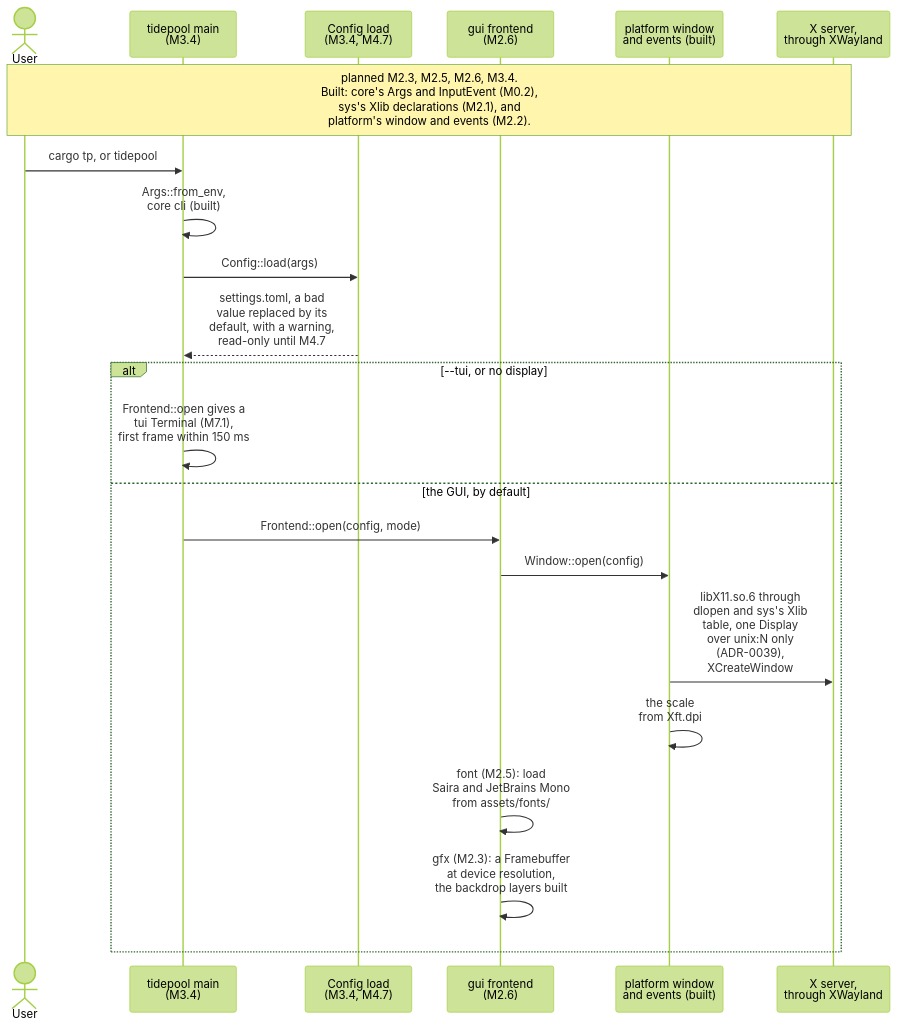
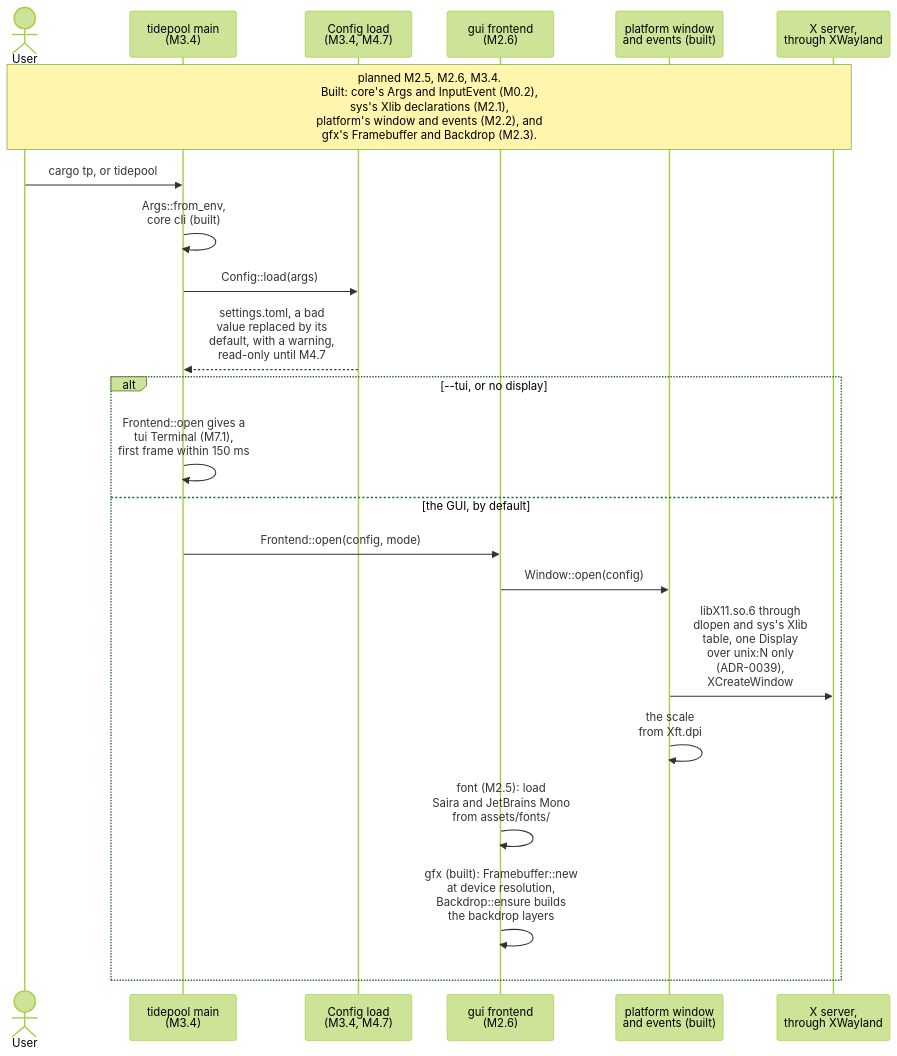
The eighth of 21 diagrams in diagrams/sequence-diagrams.md (jabbott-iii/Tidepool), drawn with Mermaid (forest theme) before and after one commit. The commit also changed other lines of this file and 28 other files, not shown here.

First line of the commit message:
gfx: rasterizer, blending, clipping, damage, backdrop (M2.3)

````diff
--- a/diagrams/sequence-diagrams.md
+++ b/diagrams/sequence-diagrams.md
@@ -442,25 +442,25 @@
 ```mermaid
 sequenceDiagram
     actor User
     participant Cli as tidepool main<br/>(M3.4)
     participant Cfg as Config load<br/>(M3.4, M4.7)
     participant Fe as gui frontend<br/>(M2.6)
     participant Plat as platform window<br/>and events (built)
     participant Disp as X server,<br/>through XWayland
 
-    Note over User,Disp: planned M2.3, M2.5, M2.6, M3.4.<br/>Built: core's Args and InputEvent (M0.2),<br/>sys's Xlib declarations (M2.1), and<br/>platform's window and events (M2.2).
+    Note over User,Disp: planned M2.5, M2.6, M3.4.<br/>Built: core's Args and InputEvent (M0.2),<br/>sys's Xlib declarations (M2.1),<br/>platform's window and events (M2.2), and<br/>gfx's Framebuffer and Backdrop (M2.3).
     User->>Cli: cargo tp, or tidepool
     Cli->>Cli: Args::from_env,<br/>core cli (built)
     Cli->>Cfg: Config::load(args)
     Cfg-->>Cli: settings.toml, a bad<br/>value replaced by its<br/>default, with a warning,<br/>read-only until M4.7
     alt --tui, or no display
         Cli->>Cli: Frontend::open gives a<br/>tui Terminal (M7.1),<br/>first frame within 150 ms
     else the GUI, by default
         Cli->>Fe: Frontend::open(config, mode)
         Fe->>Plat: Window::open(config)
         Plat->>Disp: libX11.so.6 through<br/>dlopen and sys's Xlib<br/>table, one Display<br/>over unix:N only<br/>(ADR-0039),<br/>XCreateWindow
         Plat->>Plat: the scale<br/>from Xft.dpi
         Fe->>Fe: font (M2.5): load<br/>Saira and JetBrains Mono<br/>from assets/fonts/
-        Fe->>Fe: gfx (M2.3): a Framebuffer<br/>at device resolution,<br/>the backdrop layers built
+        Fe->>Fe: gfx (built): Framebuffer::new<br/>at device resolution,<br/>Backdrop::ensure builds<br/>the backdrop layers
     end
 ```
````
